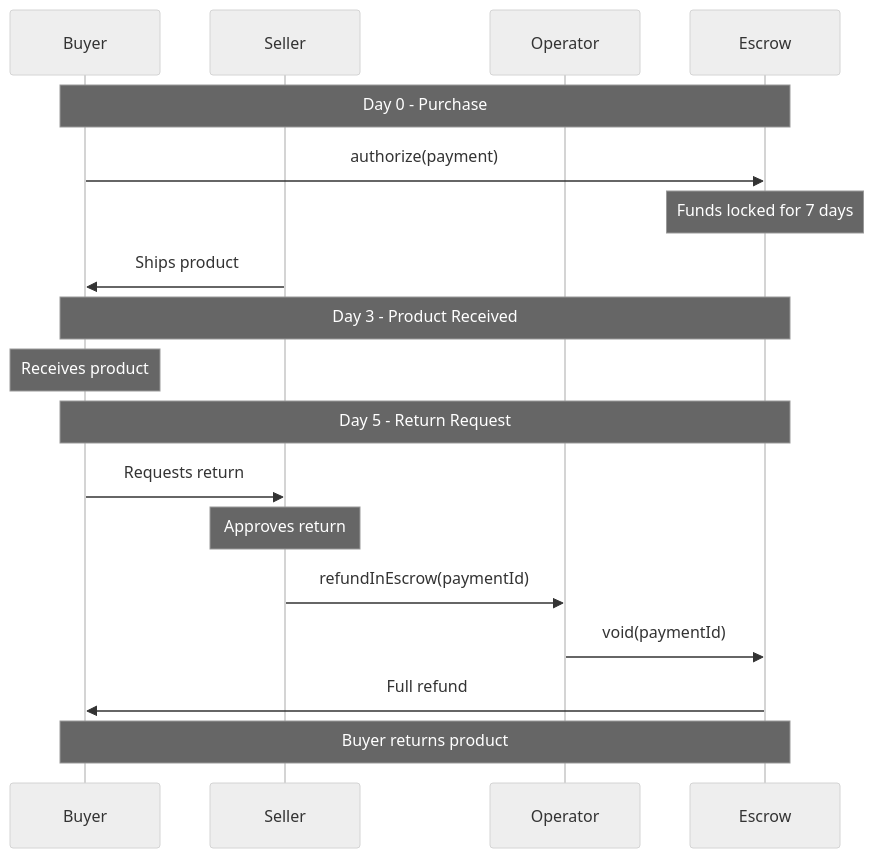
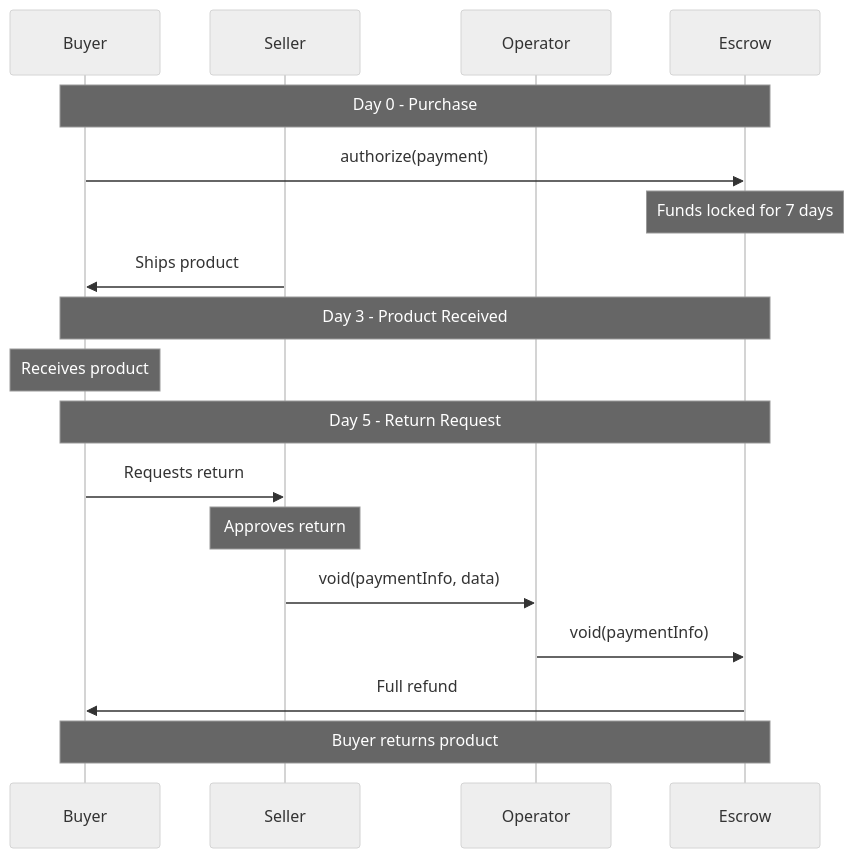
The fourth of 8 diagrams in contracts/examples.mdx (BackTrackCo/docs), drawn with Mermaid (neutral theme) before and after one commit. The commit also changed other lines of this file and 78 other files, not shown here.

````diff
--- a/contracts/examples.mdx
+++ b/contracts/examples.mdx
@@ -417,23 +412,23 @@
 ```mermaid
 sequenceDiagram
     participant Buyer
     participant Seller
     participant Operator
     participant Escrow
 
     Note over Buyer,Escrow: Day 0 - Purchase
     Buyer->>Escrow: authorize(payment)
     Note over Escrow: Funds locked for 7 days
     Seller->>Buyer: Ships product
 
     Note over Buyer,Escrow: Day 3 - Product Received
     Note over Buyer: Receives product
 
     Note over Buyer,Escrow: Day 5 - Return Request
     Buyer->>Seller: Requests return
     Note over Seller: Approves return
-    Seller->>Operator: refundInEscrow(paymentId)
-    Operator->>Escrow: void(paymentId)
+    Seller->>Operator: void(paymentInfo, data)
+    Operator->>Escrow: void(paymentInfo)
     Escrow->>Buyer: Full refund
     Note over Buyer,Escrow: Buyer returns product
 ```
````
